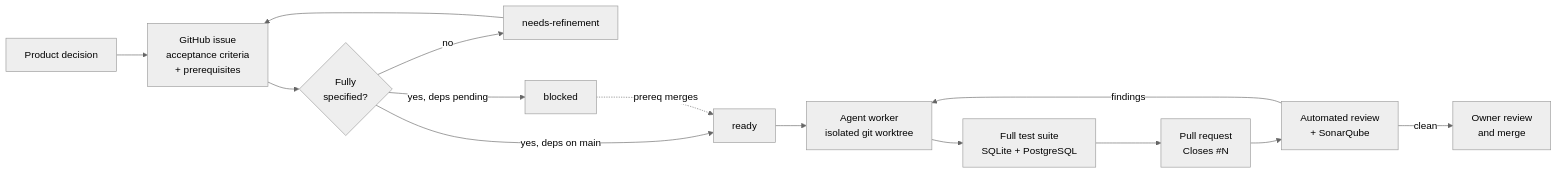
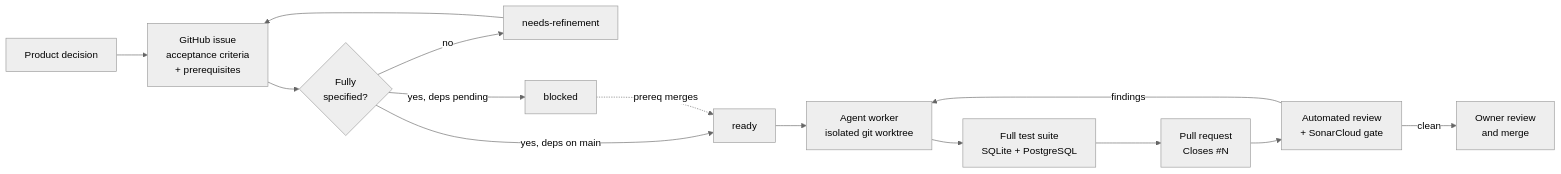
The sixth of 6 diagrams in README.md (dflippojr/financial-planner), drawn with Mermaid (neutral theme) before and after one commit. The commit also changed other lines of this file and 1 other file, not shown here.

First line of the commit message:
Correct SonarCloud status: the workflow is active

````diff
--- a/README.md
+++ b/README.md
@@ -279,14 +279,14 @@
 ```mermaid
 flowchart LR
     Idea["Product decision"] --> Issue["GitHub issue<br/>acceptance criteria<br/>+ prerequisites"]
     Issue --> Refine{"Fully<br/>specified?"}
     Refine -->|no| NR["needs-refinement"] --> Issue
     Refine -->|"yes, deps on main"| Ready["ready"]
     Refine -->|"yes, deps pending"| Blocked["blocked"] -.->|"prereq merges"| Ready
     Ready --> Worker["Agent worker<br/>isolated git worktree"]
     Worker --> Tests["Full test suite<br/>SQLite + PostgreSQL"]
     Tests --> PR["Pull request<br/>Closes #N"]
-    PR --> Review["Automated review<br/>+ SonarQube"]
+    PR --> Review["Automated review<br/>+ SonarCloud gate"]
     Review -->|findings| Worker
     Review -->|clean| Owner["Owner review<br/>and merge"]
 ```
````
